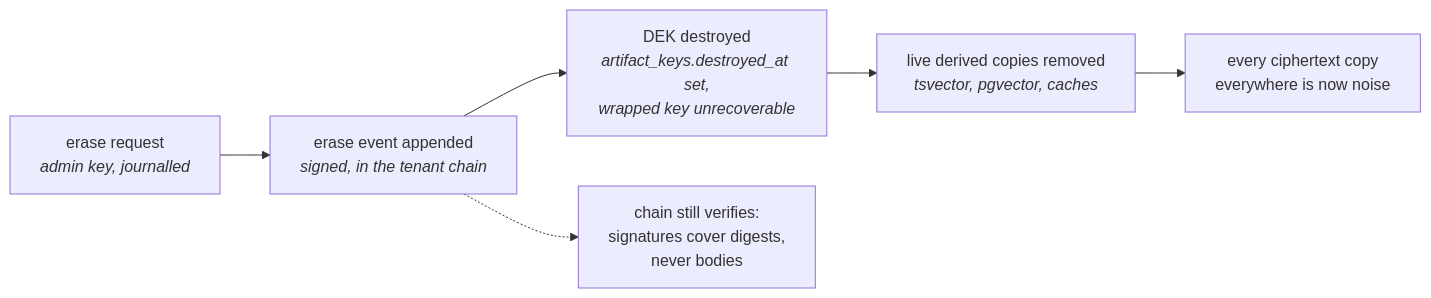
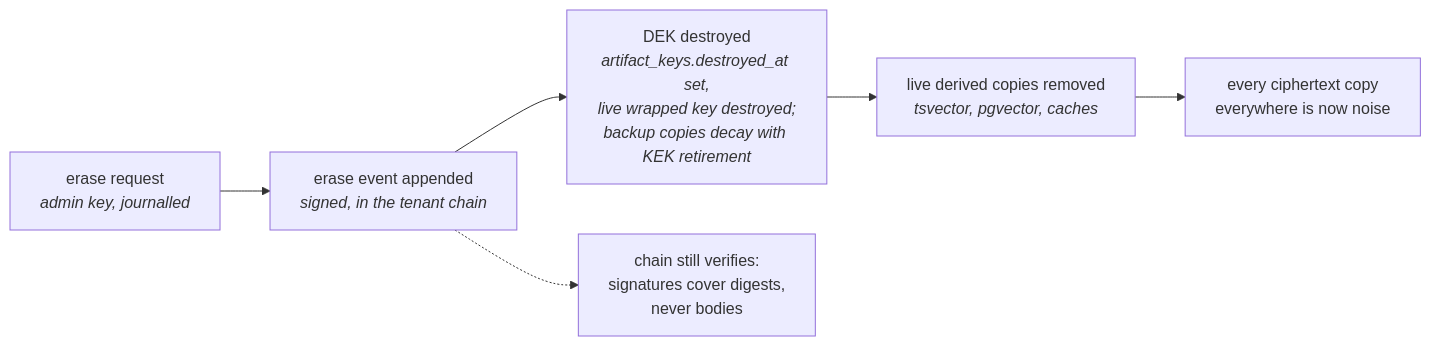
The diagram in docs/architecture/audit-and-lineage.md (e8kor/open-memory-lab), drawn with Mermaid before and after one commit. The commit also changed other lines of this file and 37 other files, not shown here.

````diff
--- a/docs/architecture/audit-and-lineage.md
+++ b/docs/architecture/audit-and-lineage.md
@@ -144,8 +149,8 @@
 ```mermaid
 flowchart LR
     A["erase request<br/><i>admin key, journalled</i>"] --> B["erase event appended<br/><i>signed, in the tenant chain</i>"]
-    B --> C["DEK destroyed<br/><i>artifact_keys.destroyed_at set,<br/>wrapped key unrecoverable</i>"]
+    B --> C["DEK destroyed<br/><i>artifact_keys.destroyed_at set,<br/>live wrapped key destroyed;<br/>backup copies decay with KEK retirement</i>"]
     C --> D["live derived copies removed<br/><i>tsvector, pgvector, caches</i>"]
     D --> E["every ciphertext copy<br/>everywhere is now noise"]
     B -.-> F["chain still verifies:<br/>signatures cover digests,<br/>never bodies"]
 ```
````
